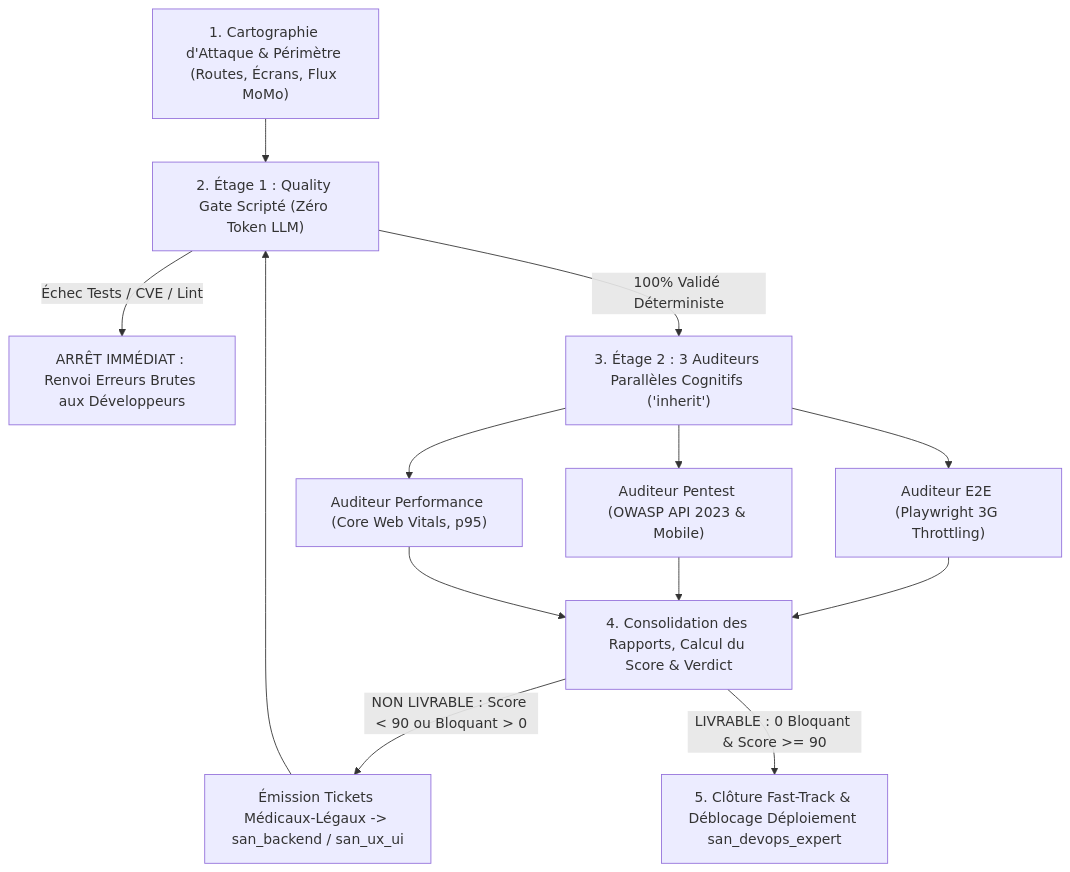
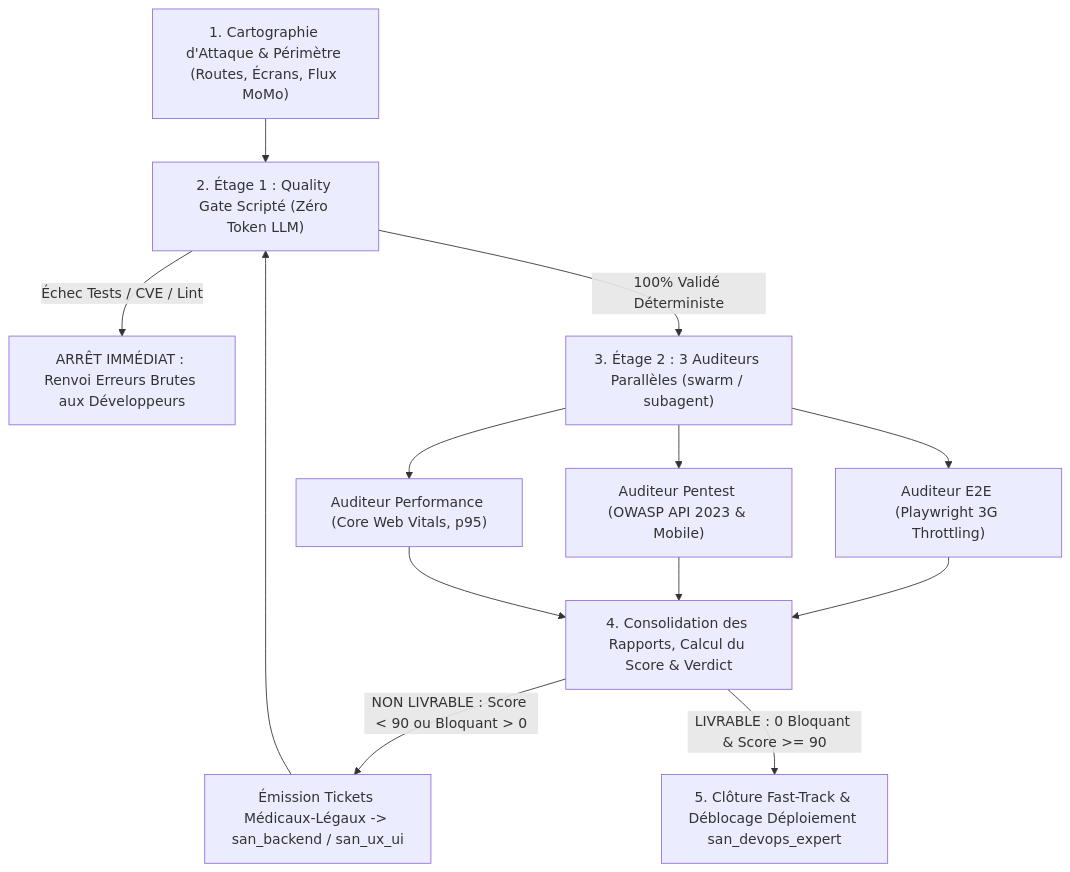
Before and after one commit to alexsan-dev/san_agy_framework: the first of 2 diagrams in skills/san_qa_security_expert.md, drawn with Mermaid. The commit also changed other lines of this file and 69 other files, not shown here.

````diff
--- a/skills/san_qa_security_expert.md
+++ b/skills/san_qa_security_expert.md
@@ -133,13 +141,13 @@
 ```mermaid
 flowchart TD
     A["1. Cartographie d'Attaque & Périmètre (Routes, Écrans, Flux MoMo)"] --> B["2. Étage 1 : Quality Gate Scripté (Zéro Token LLM)"]
     B -->|Échec Tests / CVE / Lint| C["ARRÊT IMMÉDIAT : Renvoi Erreurs Brutes aux Développeurs"]
-    B -->|100% Validé Déterministe| D["3. Étage 2 : 3 Auditeurs Parallèles Cognitifs ('inherit')"]
+    B -->|100% Validé Déterministe| D["3. Étage 2 : 3 Auditeurs Parallèles (swarm / subagent)"]
     D --> D1["Auditeur E2E (Playwright 3G Throttling)"]
     D --> D2["Auditeur Pentest (OWASP API 2023 & Mobile)"]
     D --> D3["Auditeur Performance (Core Web Vitals, p95)"]
     D1 & D2 & D3 --> E["4. Consolidation des Rapports, Calcul du Score & Verdict"]
     E -->|NON LIVRABLE : Score < 90 ou Bloquant > 0| F["Émission Tickets Médicaux-Légaux -> san_backend / san_ux_ui"]
     F --> B
     E -->|LIVRABLE : 0 Bloquant & Score >= 90| G["5. Clôture Fast-Track & Déblocage Déploiement san_devops_expert"]
 ```
````
